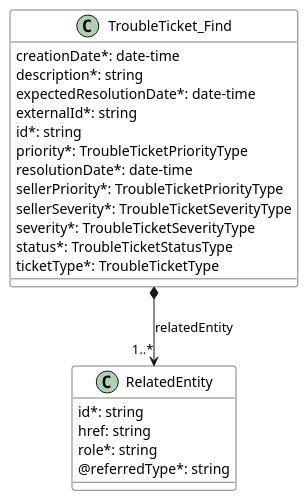
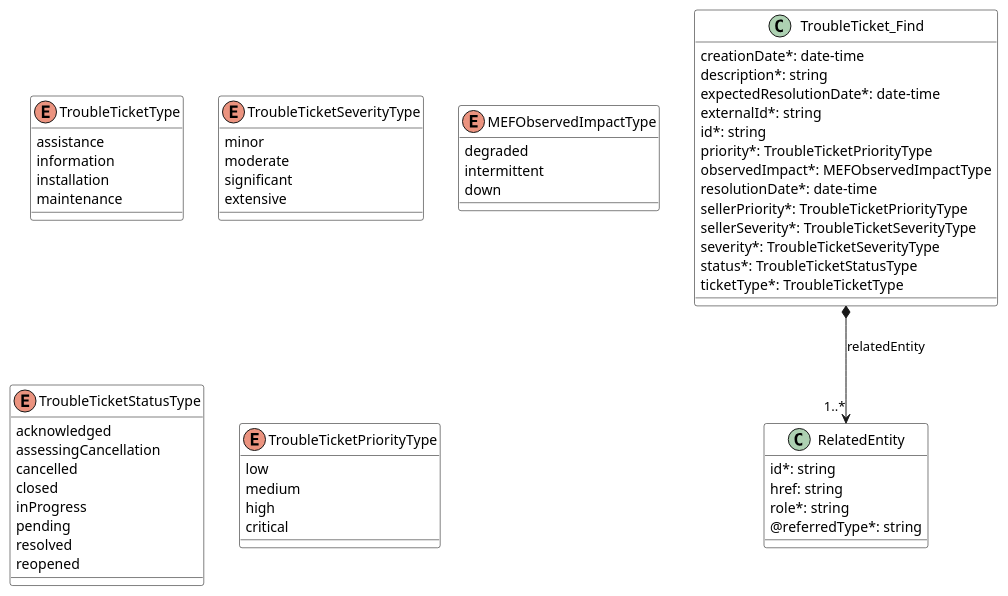
One commit to MEF-GIT/MEF-LSO-Sonata-SDK changed the diagram in documentation/productApi/troubleTicket/media/src/useCase2Model.puml. Above: the diagram before and after it, drawn with PlantUML. The commit also changed 211 other files, not shown here.

```diff
--- a/documentation/productApi/troubleTicket/media/src/useCase2Model.puml
+++ b/documentation/productApi/troubleTicket/media/src/useCase2Model.puml
@@ -1,40 +1,77 @@
 @startuml
 skinparam {
     ClassBackgroundColor White
     ClassBorderColor Black
 }
 
 
 class RelatedEntity {
 
     id*: string
     href: string
     role*: string
     @referredType*: string
 }
 
 
 
-
 class TroubleTicket_Find {
 
     creationDate*: date-time
     description*: string
     expectedResolutionDate*: date-time
     externalId*: string
     id*: string
     priority*: TroubleTicketPriorityType
+    observedImpact*: MEFObservedImpactType
     resolutionDate*: date-time
     sellerPriority*: TroubleTicketPriorityType
     sellerSeverity*: TroubleTicketSeverityType
     severity*: TroubleTicketSeverityType
     status*: TroubleTicketStatusType
     ticketType*: TroubleTicketType
 }
 
 TroubleTicket_Find *-->"1..*" RelatedEntity : relatedEntity
+enum TroubleTicketType {
 
+    assistance
+    information
+    installation
+    maintenance
+}
 
+enum TroubleTicketSeverityType {
 
+    minor
+    moderate
+    significant
+    extensive
+}
+enum MEFObservedImpactType {
+
+    degraded
+    intermittent
+    down
+}
+
+enum TroubleTicketStatusType {
+
+    acknowledged
+    assessingCancellation
+    cancelled
+    closed
+    inProgress
+    pending
+    resolved
+    reopened
+}
+enum TroubleTicketPriorityType {
+
+    low
+    medium
+    high
+    critical
+}
 
 @enduml
```
